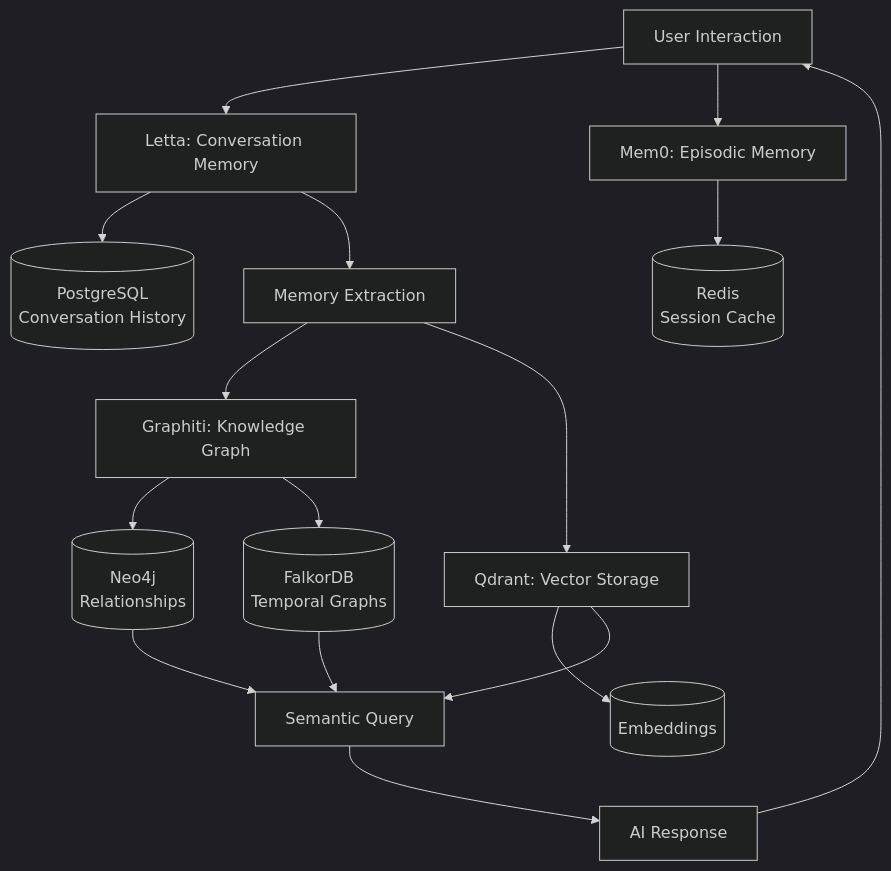
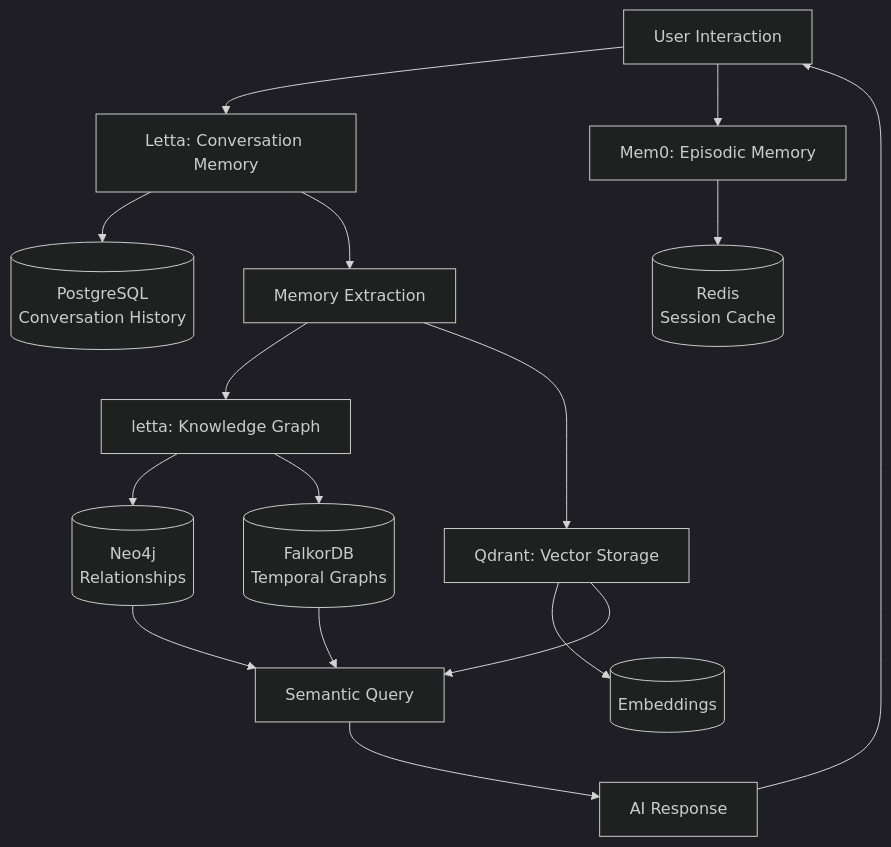
Before and after one commit to ellisapotheosis/Project-Nyra: the second of 3 diagrams in docs/architecture/ARCHITECTURE-OVERVIEW.md, drawn with Mermaid (dark theme). The commit also changed other lines of this file and 992 other files, not shown here.

````diff
--- a/docs/architecture/ARCHITECTURE-OVERVIEW.md
+++ b/docs/architecture/ARCHITECTURE-OVERVIEW.md
@@ -320,23 +320,23 @@
 ```mermaid
 graph TD
     USER[User Interaction] --> LETTA[Letta: Conversation Memory]
     USER --> MEM0[Mem0: Episodic Memory]
 
     LETTA --> POSTGRES[(PostgreSQL<br/>Conversation History)]
     MEM0 --> REDIS[(Redis<br/>Session Cache)]
 
     LETTA --> EXTRACT[Memory Extraction]
-    EXTRACT --> GRAPHITI[Graphiti: Knowledge Graph]
+    EXTRACT --> letta[letta: Knowledge Graph]
     EXTRACT --> QDRANT[Qdrant: Vector Storage]
 
-    GRAPHITI --> NEO4J[(Neo4j<br/>Relationships)]
-    GRAPHITI --> FALKOR[(FalkorDB<br/>Temporal Graphs)]
+    letta --> NEO4J[(Neo4j<br/>Relationships)]
+    letta --> FALKOR[(FalkorDB<br/>Temporal Graphs)]
     QDRANT --> VECTORS[(Embeddings)]
 
     NEO4J --> QUERY[Semantic Query]
     FALKOR --> QUERY
     QDRANT --> QUERY
 
     QUERY --> AI[AI Response]
     AI --> USER
 ```
````
